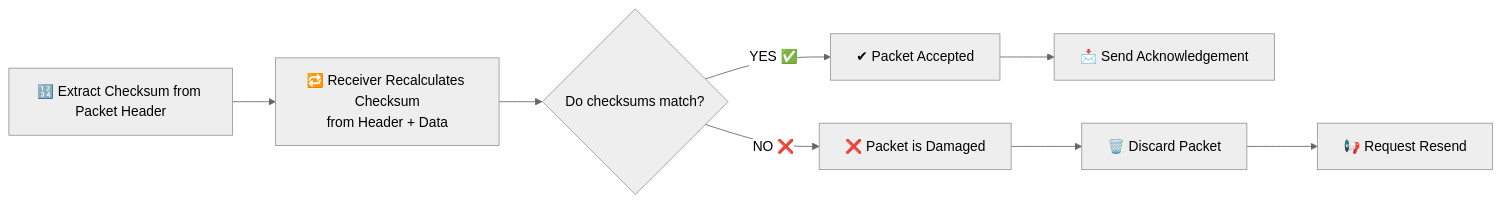
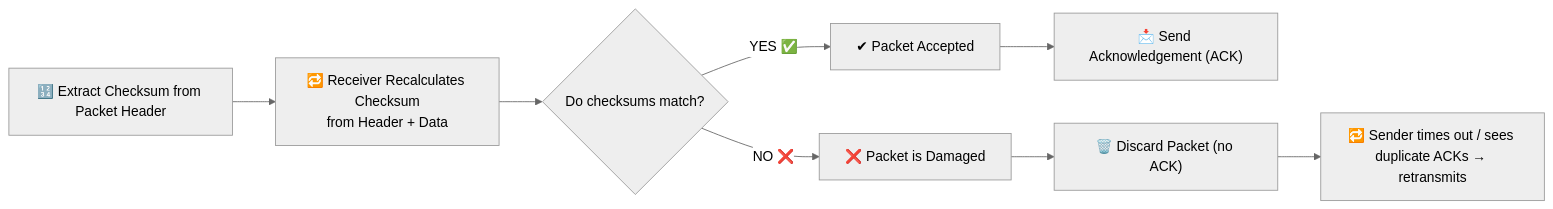
One commit to 23f2001665/mad1-notes-mine changed the third of 3 diagrams in week1/1-3-network-history-TCP.md. Above: the diagram before and after it, drawn with Mermaid (neutral theme). The commit also changed other lines of this file and 34 other files, not shown here.

````diff
--- a/week1/1-3-network-history-TCP.md
+++ b/week1/1-3-network-history-TCP.md
@@ -71,14 +76,14 @@
 ```mermaid
 flowchart LR
   B[🔢 Extract Checksum from Packet Header]
   B --> C["🔁 Receiver Recalculates Checksum<br/>from Header + Data"]
 
   C --> D{Do checksums match?}
 
   D -- "YES ✅" --> E["✔ Packet Accepted"]
-  E --> F["📩 Send Acknowledgement"]
+  E --> F["📩 Send Acknowledgement (ACK)"]
 
   D -- "NO ❌" --> G["❌ Packet is Damaged"]
-  G --> H["🗑️ Discard Packet"]
-  H --> I["📢 Request Resend"]
+  G --> H["🗑️ Discard Packet (no ACK)"]
+  H --> I["🔁 Sender times out / sees duplicate ACKs → retransmits"]
 ```
````
